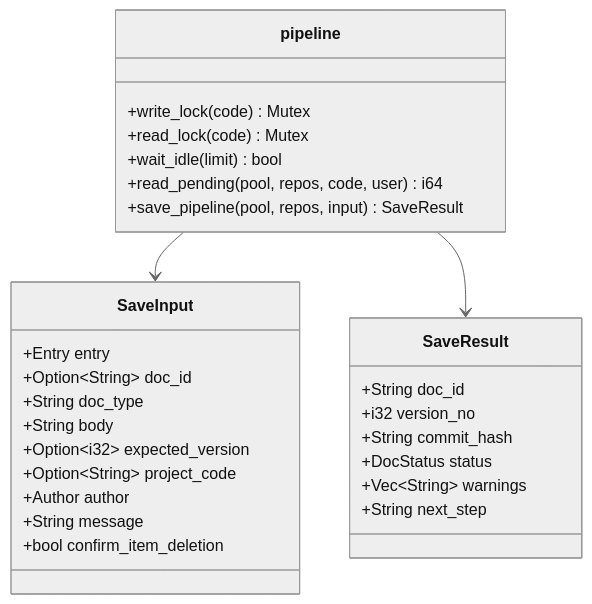
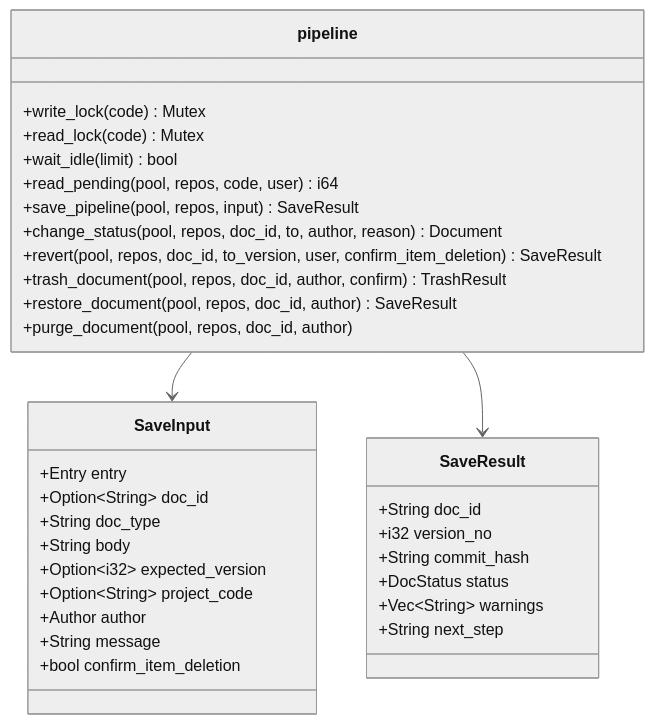
Before and after one commit to HoyoungParkme/syncdoc: the fifth of 6 diagrams in docs/specs/06-DOM/SYNC-DOM-004.md, drawn with Mermaid (neutral theme). The commit also changed other lines of this file, not shown here.

````diff
--- a/docs/specs/06-DOM/SYNC-DOM-004.md
+++ b/docs/specs/06-DOM/SYNC-DOM-004.md
@@ -552,31 +560,36 @@
 ```mermaid
 classDiagram
     class pipeline {
         +write_lock(code) Mutex
         +read_lock(code) Mutex
         +wait_idle(limit) bool
         +read_pending(pool, repos, code, user) i64
         +save_pipeline(pool, repos, input) SaveResult
+        +change_status(pool, repos, doc_id, to, author, reason) Document
+        +revert(pool, repos, doc_id, to_version, user, confirm_item_deletion) SaveResult
+        +trash_document(pool, repos, doc_id, author, confirm) TrashResult
+        +restore_document(pool, repos, doc_id, author) SaveResult
+        +purge_document(pool, repos, doc_id, author)
     }
     class SaveInput {
         +Entry entry
         +Option~String~ doc_id
         +String doc_type
         +String body
         +Option~i32~ expected_version
         +Option~String~ project_code
         +Author author
         +String message
         +bool confirm_item_deletion
     }
     class SaveResult {
         +String doc_id
         +i32 version_no
         +String commit_hash
         +DocStatus status
         +Vec~String~ warnings
         +String next_step
     }
     pipeline --> SaveInput
     pipeline --> SaveResult
 ```
````
